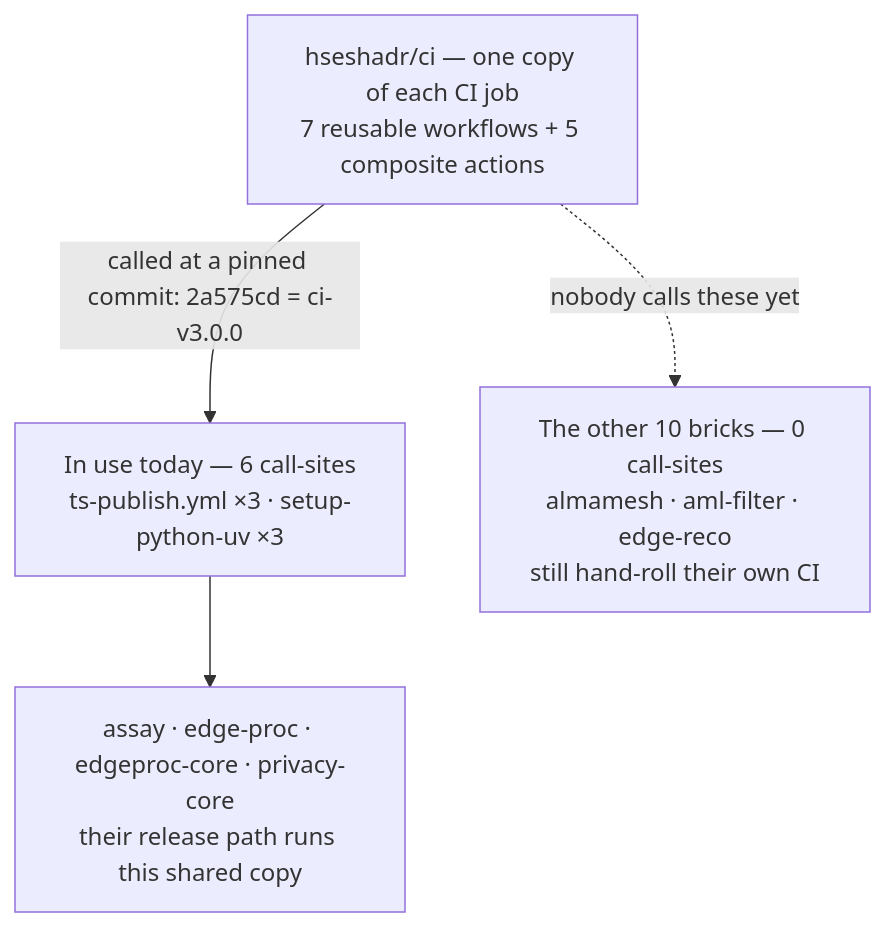
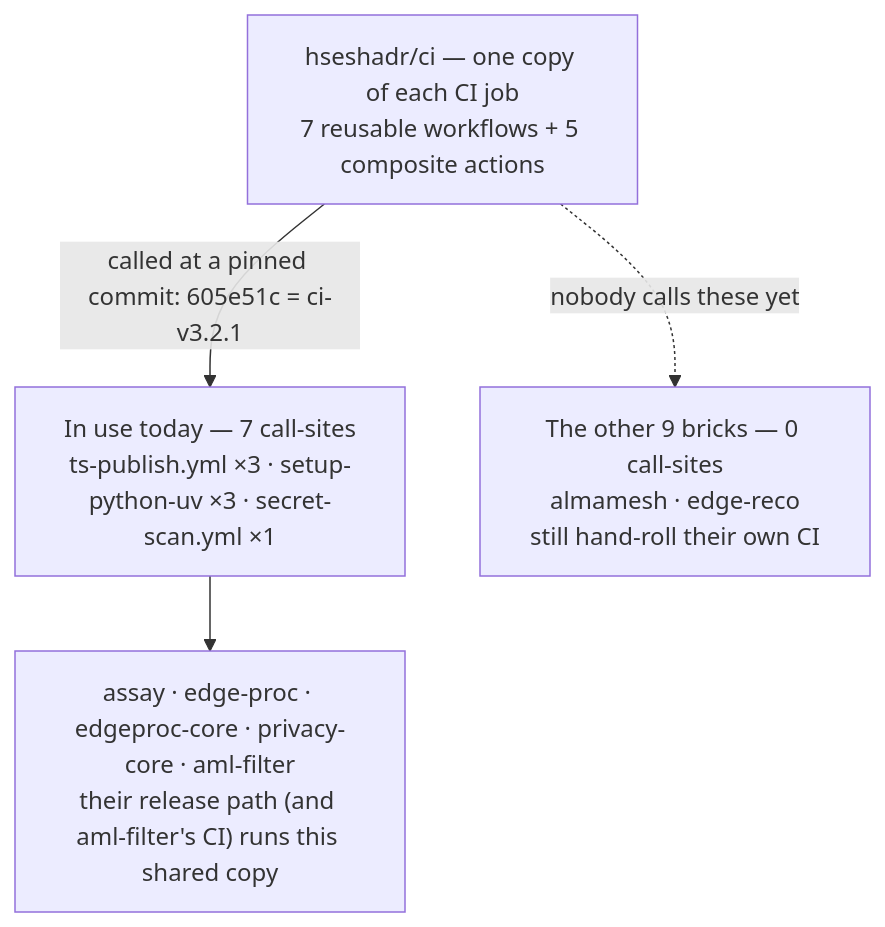
The diagram in README.md (hseshadr/ci), drawn with Mermaid before and after one commit. The commit also changed other lines of this file and 16 other files, not shown here.

````diff
--- a/README.md
+++ b/README.md
@@ -18,7 +18,7 @@
 ```mermaid
 flowchart TD
     CI["hseshadr/ci — one copy of each CI job<br/>7 reusable workflows + 5 composite actions"]
-    CI -->|"called at a pinned commit: 2a575cd = ci-v3.0.0"| USED["In use today — 6 call-sites<br/>ts-publish.yml ×3 · setup-python-uv ×3"]
-    USED --> WHO["assay · edge-proc · edgeproc-core · privacy-core<br/>their release path runs this shared copy"]
-    CI -.->|"nobody calls these yet"| IDLE["The other 10 bricks — 0 call-sites<br/>almamesh · aml-filter · edge-reco<br/>still hand-roll their own CI"]
+    CI -->|"called at a pinned commit: 605e51c = ci-v3.2.1"| USED["In use today — 7 call-sites<br/>ts-publish.yml ×3 · setup-python-uv ×3 · secret-scan.yml ×1"]
+    USED --> WHO["assay · edge-proc · edgeproc-core · privacy-core · aml-filter<br/>their release path (and aml-filter's CI) runs this shared copy"]
+    CI -.->|"nobody calls these yet"| IDLE["The other 9 bricks — 0 call-sites<br/>almamesh · edge-reco<br/>still hand-roll their own CI"]
 ```
````
